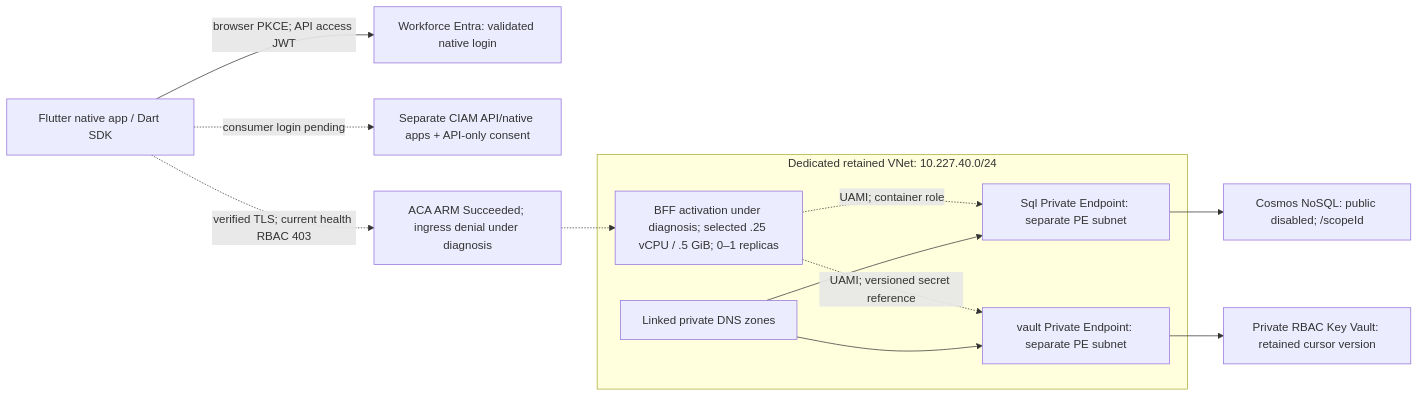
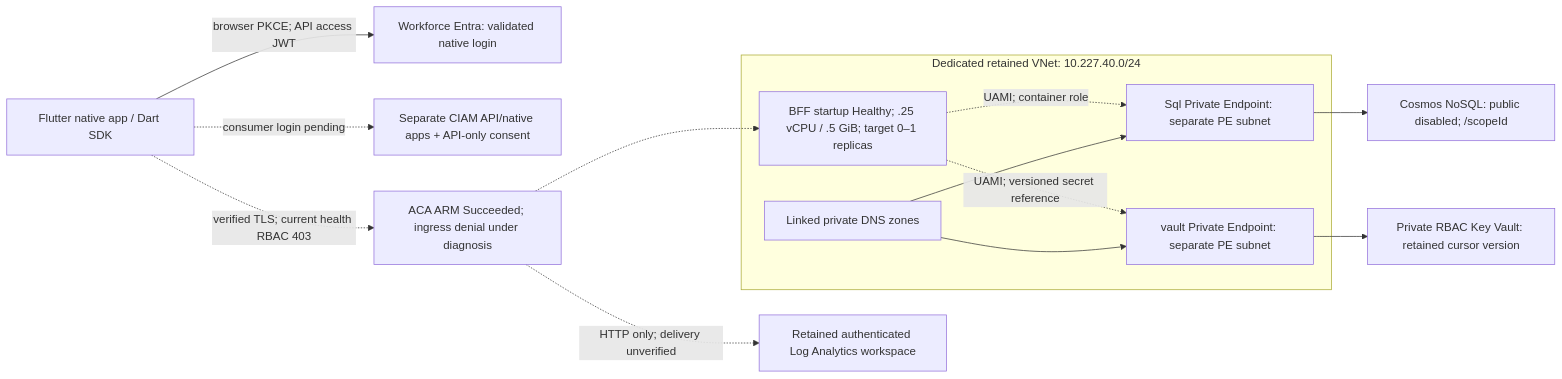
The diagram in docs/aca-validation-plan.md (anaregdesign/cosmos-sync), drawn with Mermaid before and after one commit. The commit also changed other lines of this file and 8 other files, not shown here.

````diff
--- a/docs/aca-validation-plan.md
+++ b/docs/aca-validation-plan.md
@@ -69,19 +80,20 @@
 ```mermaid
 flowchart LR
   Native["Flutter native app / Dart SDK"] -->|"browser PKCE; API access JWT"| Workforce["Workforce Entra: validated native login"]
   Native -. "consumer login pending" .-> CIAM["Separate CIAM API/native apps + API-only consent"]
   Native -. "verified TLS; current health RBAC 403" .-> Edge["ACA ARM Succeeded; ingress denial under diagnosis"]
   subgraph VNet["Dedicated retained VNet: 10.227.40.0/24"]
-    BFF["BFF activation under diagnosis; selected .25 vCPU / .5 GiB; 0–1 replicas"]
+    BFF["BFF startup Healthy; .25 vCPU / .5 GiB; target 0–1 replicas"]
     DNS["Linked private DNS zones"]
     CosmosPE["Sql Private Endpoint: separate PE subnet"]
     VaultPE["vault Private Endpoint: separate PE subnet"]
     BFF -. "UAMI; container role" .-> CosmosPE
     BFF -. "UAMI; versioned secret reference" .-> VaultPE
     DNS --> CosmosPE
     DNS --> VaultPE
   end
   Edge -.-> BFF
+  Edge -. "HTTP only; delivery unverified" .-> Logs["Retained authenticated Log Analytics workspace"]
   CosmosPE --> Cosmos["Cosmos NoSQL: public disabled; /scopeId"]
   VaultPE --> Vault["Private RBAC Key Vault: retained cursor version"]
 ```
````
